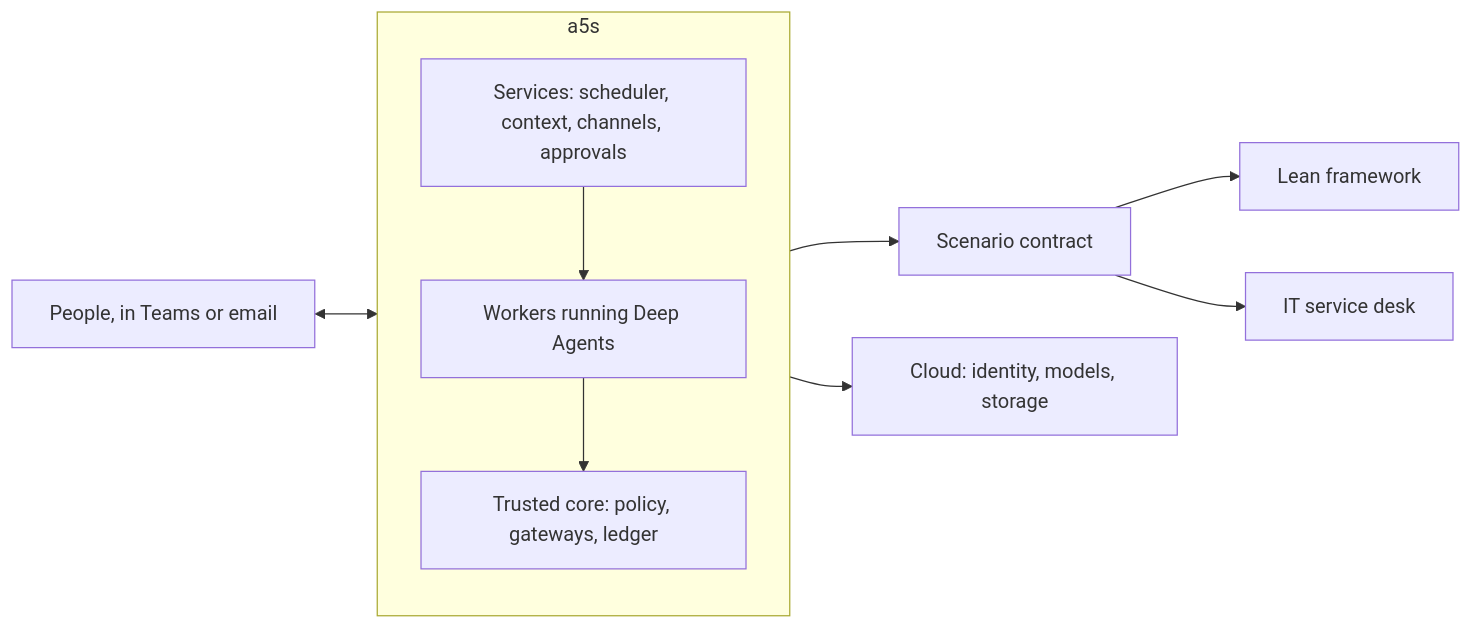
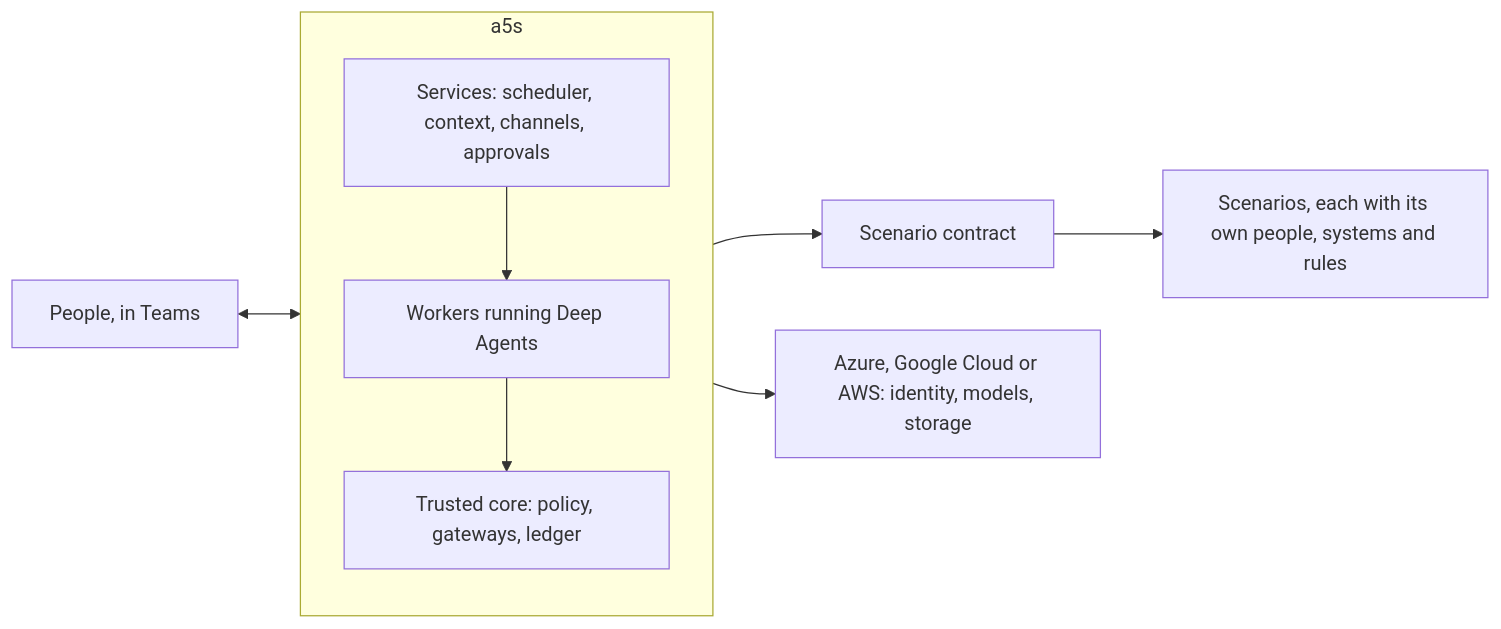
Before and after one commit to sreent/a5s: the diagram in README.md, drawn with Mermaid. The commit also changed other lines of this file and 7 other files, not shown here.

First line of the commit message:
Record phase-1 decisions and take lean out of a5s's own design

````diff
--- a/README.md
+++ b/README.md
@@ -9,15 +9,14 @@
 ```mermaid
 flowchart LR
-  people["People, in Teams or email"] <--> services
+  people["People, in Teams"] <--> services
   subgraph a5s["a5s"]
     direction TB
     services["Services: scheduler, context, channels, approvals"]
     workers["Workers running Deep Agents"]
     core["Trusted core: policy, gateways, ledger"]
     services --> workers --> core
   end
   core --> contract["Scenario contract"]
-  contract --> lean["Lean framework"]
-  contract --> desk["IT service desk"]
-  core --> cloud["Cloud: identity, models, storage"]
+  contract --> scenarios["Scenarios, each with its own people, systems and rules"]
+  core --> cloud["Azure, Google Cloud or AWS: identity, models, storage"]
 ```
````
